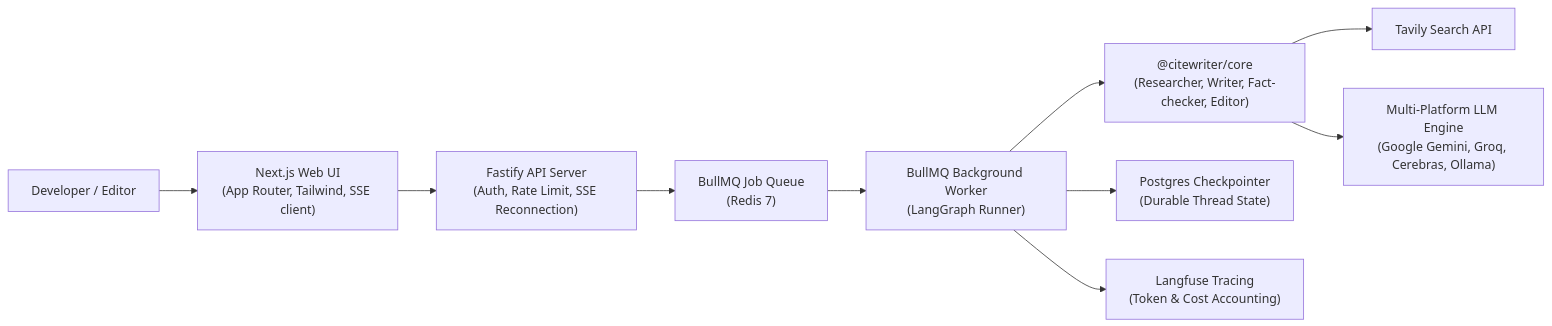
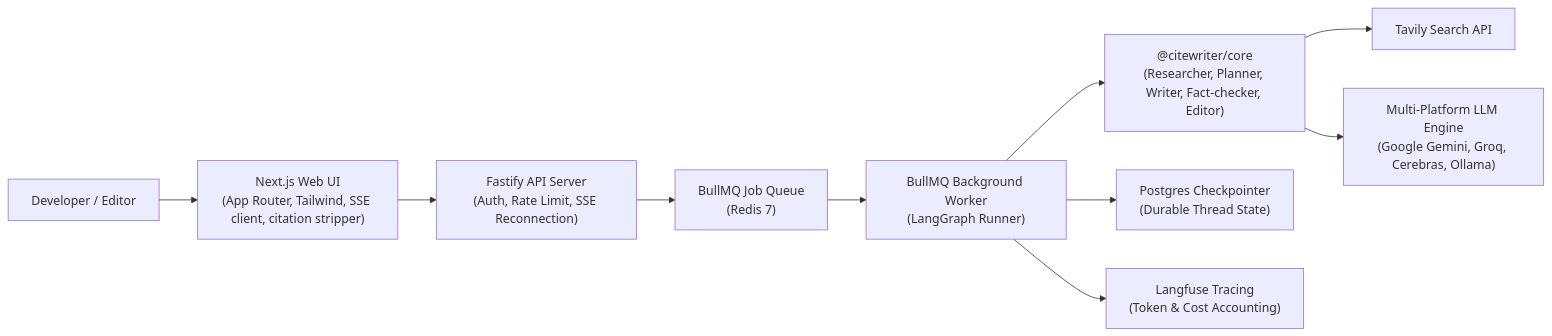
Before and after one commit to ayush-kumar-185/multiagent-content-pipeline: the second of 2 diagrams in README.md, drawn with Mermaid. The commit also changed other lines of this file, not shown here.

Commit message:
docs: update README.md with 5-agent architecture, evidence auditor, multi-format support, and 265-test verification

````diff
--- a/README.md
+++ b/README.md
@@ -41,12 +42,12 @@
 ```mermaid
 flowchart LR
-    User["Developer / Editor"] --> Web["Next.js Web UI<br/>(App Router, Tailwind, SSE client)"]
+    User["Developer / Editor"] --> Web["Next.js Web UI<br/>(App Router, Tailwind, SSE client, citation stripper)"]
     Web --> API["Fastify API Server<br/>(Auth, Rate Limit, SSE Reconnection)"]
     API --> Queue["BullMQ Job Queue<br/>(Redis 7)"]
     Queue --> Worker["BullMQ Background Worker<br/>(LangGraph Runner)"]
-    Worker --> Core["@citewriter/core<br/>(Researcher, Writer, Fact-checker, Editor)"]
+    Worker --> Core["@citewriter/core<br/>(Researcher, Planner, Writer, Fact-checker, Editor)"]
     Worker --> Checkpointer["Postgres Checkpointer<br/>(Durable Thread State)"]
     Worker --> Tracing["Langfuse Tracing<br/>(Token & Cost Accounting)"]
     Core --> Search["Tavily Search API"]
     Core --> LLM["Multi-Platform LLM Engine<br/>(Google Gemini, Groq, Cerebras, Ollama)"]
 ```
````
